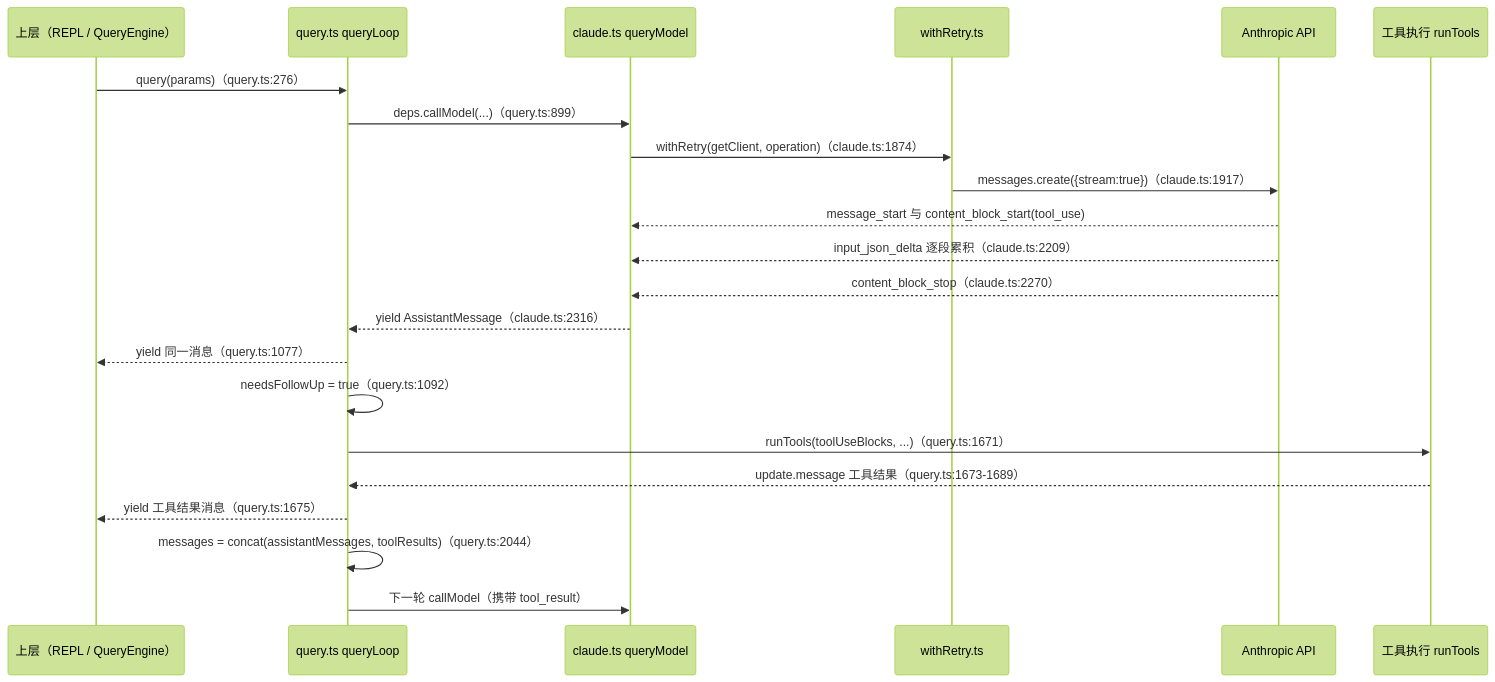
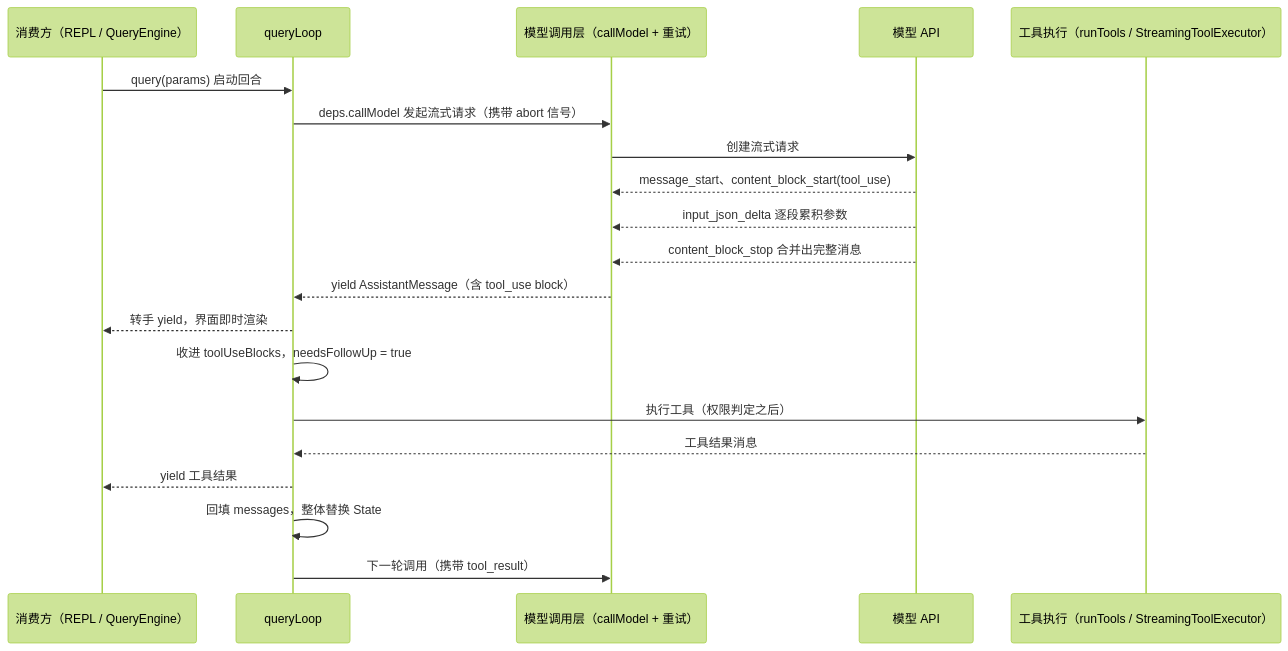
The third of 4 diagrams in agent/learn-cc/loop.md (c926694/obsidian_note), drawn with Mermaid (forest theme) before and after one commit. The commit also changed other lines of this file and 6 other files, not shown here.

````diff
--- a/agent/learn-cc/loop.md
+++ b/agent/learn-cc/loop.md
@@ -145,25 +223,23 @@
 ```mermaid
 sequenceDiagram
-    participant U as 上层（REPL / QueryEngine）
-    participant Q as query.ts queryLoop
-    participant C as claude.ts queryModel
-    participant R as withRetry.ts
-    participant A as Anthropic API
-    participant T as 工具执行 runTools
+    participant U as 消费方（REPL / QueryEngine）
+    participant Q as queryLoop
+    participant C as 模型调用层（callModel + 重试）
+    participant A as 模型 API
+    participant T as 工具执行（runTools / StreamingToolExecutor）
 
-    U->>Q: query(params)（query.ts:276）
-    Q->>C: deps.callModel(...)（query.ts:899）
-    C->>R: withRetry(getClient, operation)（claude.ts:1874）
-    R->>A: messages.create({stream:true})（claude.ts:1917）
-    A-->>C: message_start 与 content_block_start(tool_use)
-    A-->>C: input_json_delta 逐段累积（claude.ts:2209）
-    A-->>C: content_block_stop（claude.ts:2270）
-    C-->>Q: yield AssistantMessage（claude.ts:2316）
-    Q-->>U: yield 同一消息（query.ts:1077）
-    Q->>Q: needsFollowUp = true（query.ts:1092）
-    Q->>T: runTools(toolUseBlocks, ...)（query.ts:1671）
-    T-->>Q: update.message 工具结果（query.ts:1673-1689）
-    Q-->>U: yield 工具结果消息（query.ts:1675）
-    Q->>Q: messages = concat(assistantMessages, toolResults)（query.ts:2044）
-    Q->>C: 下一轮 callModel（携带 tool_result）
+    U->>Q: query(params) 启动回合
+    Q->>C: deps.callModel 发起流式请求（携带 abort 信号）
+    C->>A: 创建流式请求
+    A-->>C: message_start、content_block_start(tool_use)
+    A-->>C: input_json_delta 逐段累积参数
+    A-->>C: content_block_stop 合并出完整消息
+    C-->>Q: yield AssistantMessage（含 tool_use block）
+    Q-->>U: 转手 yield，界面即时渲染
+    Q->>Q: 收进 toolUseBlocks，needsFollowUp = true
+    Q->>T: 执行工具（权限判定之后）
+    T-->>Q: 工具结果消息
+    Q-->>U: yield 工具结果
+    Q->>Q: 回填 messages，整体替换 State
+    Q->>C: 下一轮调用（携带 tool_result）
 ```
````
